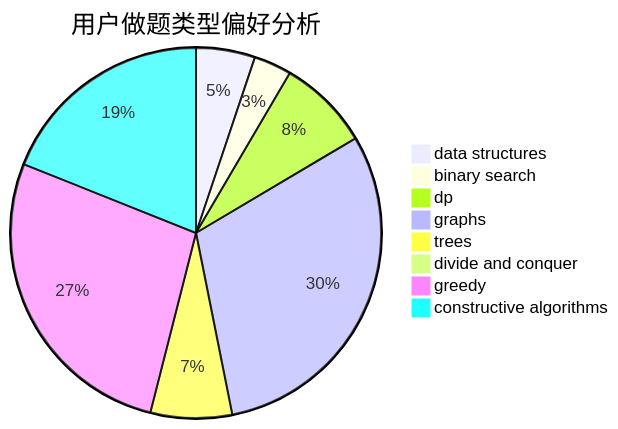
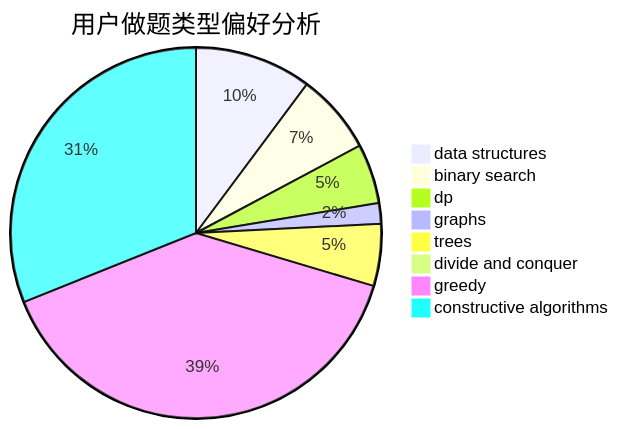
One commit to sherpahu/cfrs.github.io changed the second of 3 diagrams in docs/user/u212.md. Above: the diagram before and after it, drawn with Mermaid. The commit also changed other lines of this file and 2770 other files, not shown here.

````diff
--- a/docs/user/u212.md
+++ b/docs/user/u212.md
@@ -23,11 +23,11 @@
 ```mermaid
 pie title 用户做题类型偏好分析
-    "data structures" :  50
-    "binary search" :  32
-    "dp" :  78
-    "graphs" :  295
-    "trees" :  69
-    "divide and conquer" :  0
-    "greedy" :  263
-    "constructive algorithms" :  184
+    "data structures" :  147
+    "binary search" :  101
+    "dp" :  75
+    "graphs" :  26
+    "trees" :  78
+    "divide and conquer" :  2
+    "greedy" :  567
+    "constructive algorithms" :  448
 ```
````
